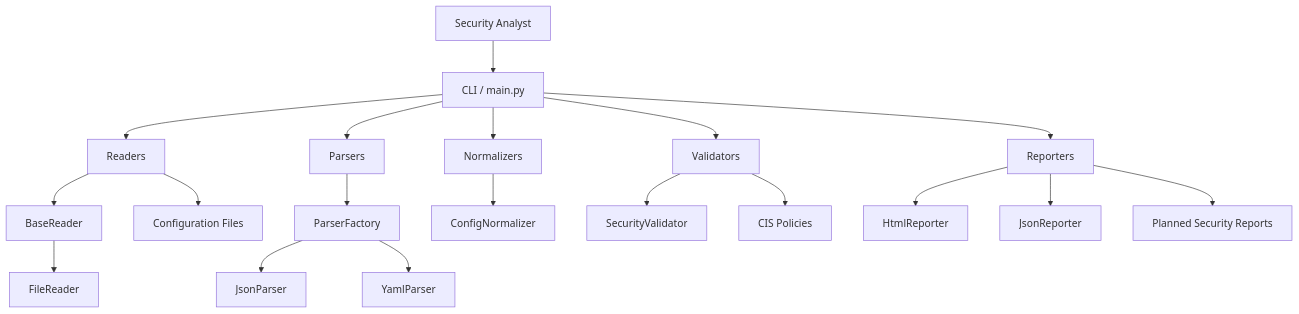
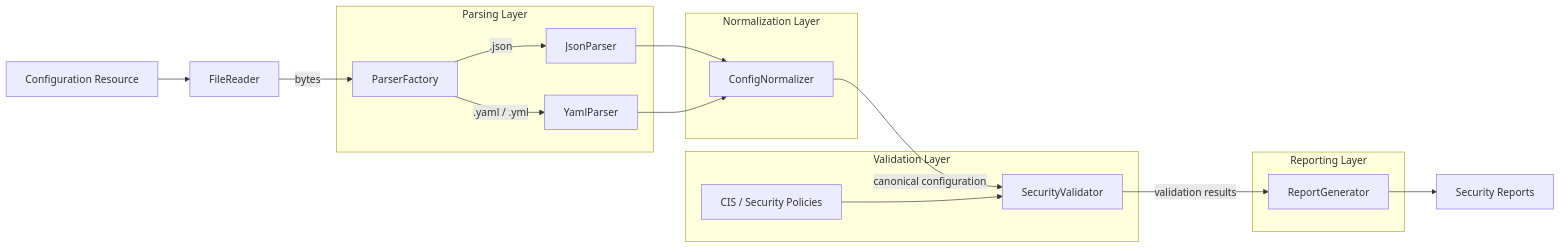
The first of 3 diagrams in docs/architecture.md (truongtranit/security-configuration-inspector), drawn with Mermaid before and after one commit. The commit also changed other lines of this file and 4 other files, not shown here.

````diff
--- a/docs/architecture.md
+++ b/docs/architecture.md
@@ -3,33 +36,33 @@
-``` mermaid
-graph TD
+```mermaid
+flowchart LR
+    Resource["Configuration Resource"] --> Reader["FileReader"]
 
-    User["Security Analyst"]
+    subgraph Parsing["Parsing Layer"]
+        Factory["ParserFactory"]
+        JSON["JsonParser"]
+        YAML["YamlParser"]
+    end
 
-    User --> CLI["CLI / main.py"]
+    subgraph Normalization["Normalization Layer"]
+        Normalizer["ConfigNormalizer"]
+    end
 
-    CLI --> Readers
-    CLI --> Parsers
-    CLI --> Normalizers
-    CLI --> Validators
-    CLI --> Reporters
+    subgraph Validation["Validation Layer"]
+        Validator["SecurityValidator"]
+        Policies["CIS / Security Policies"]
+    end
 
-    Readers --> BaseReader
-    BaseReader --> FileReader
+    subgraph Output["Reporting Layer"]
+        Reporter["ReportGenerator"]
+    end
 
-    Parsers --> ParserFactory
-    ParserFactory --> JsonParser
-    ParserFactory --> YamlParser
-
-    Normalizers --> ConfigNormalizer
-
-    Validators --> SecurityValidator
-
-    Reporters --> HtmlReporter
-    Reporters --> JsonReporter
-
-    Validators --> Policies["CIS Policies"]
-
-    Readers --> Resources["Configuration Files"]
-
-    Reporters --> Reports["Planned Security Reports"]
+    Reader -->|bytes| Factory
+    Factory -->|.json| JSON
+    Factory -->|.yaml / .yml| YAML
+    JSON --> Normalizer
+    YAML --> Normalizer
+    Normalizer -->|canonical configuration| Validator
+    Policies --> Validator
+    Validator -->|validation results| Reporter
+    Reporter --> Reports["Security Reports"]
 ```
````
